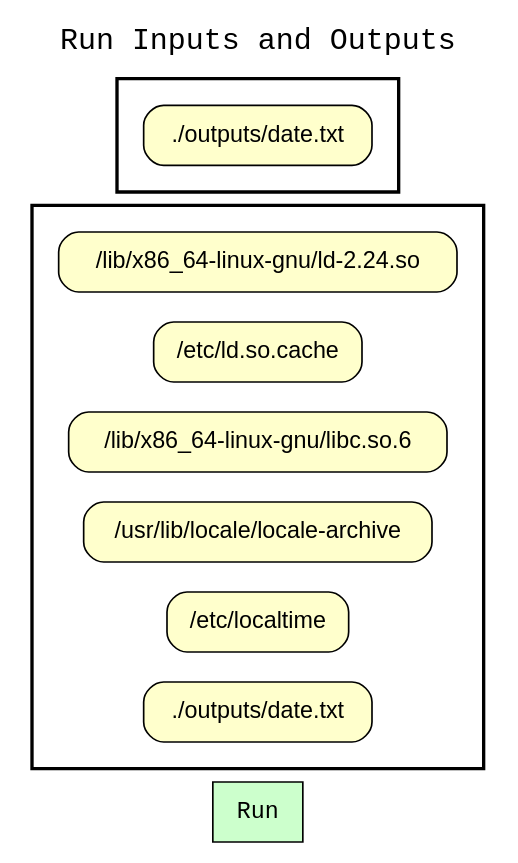
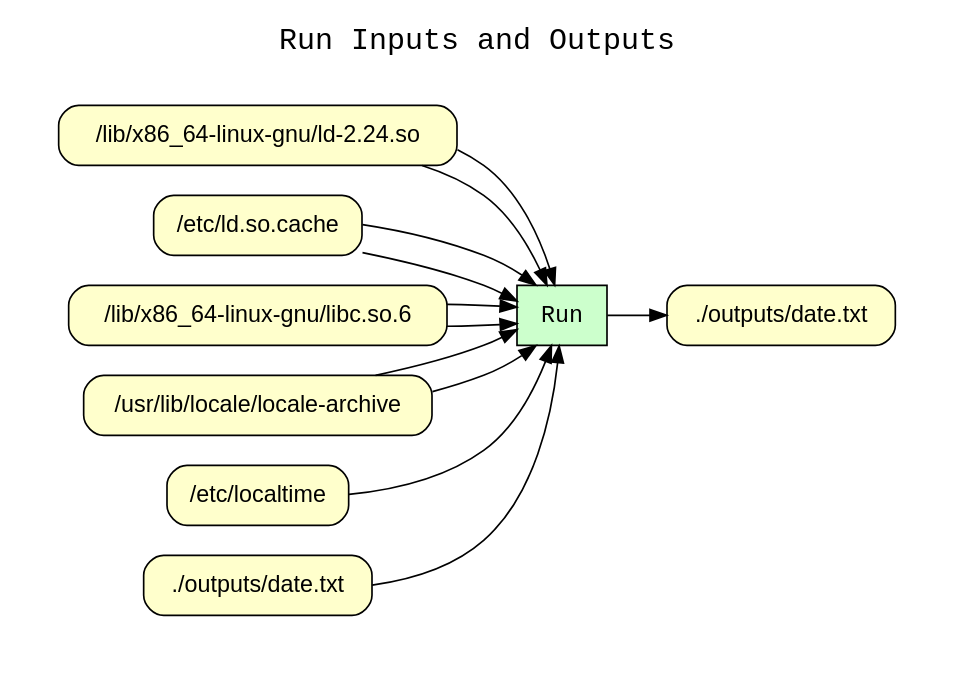
One commit to CIRSS/cpr changed the diagram in examples/04-date-to-file/graphs/wt_run_inputs_outputs.dot. Above: the diagram before and after it, drawn with Graphviz. The commit also changed 16 other files, not shown here.

Commit message:
Added edges from inputs to run, and from run to outputs.

```diff
--- a/examples/04-date-to-file/graphs/wt_run_inputs_outputs.dot
+++ b/examples/04-date-to-file/graphs/wt_run_inputs_outputs.dot
@@ -1,27 +1,38 @@
 
 digraph wt_run {
 rankdir=LR
 fontname=Courier; fontsize=18; labelloc=t
 label="Run Inputs and Outputs"
 node[shape=box style="filled" fillcolor="#CCFFCC" peripheries=1 fontname=Courier]
 "Run"
-subgraph cluster_inputs { label=""; color=black; penwidth=2
+subgraph cluster_inputs { label=""; color=white; penwidth=2
 subgraph cluster_inputs_inner { label=""; color=white
 node[shape=box style="rounded,filled" fillcolor="#FFFFCC" peripheries=1 fontname=Helvetica]
 "input:/lib/x86_64-linux-gnu/ld-2.24.so" [label="/lib/x86_64-linux-gnu/ld-2.24.so"]
 "input:/etc/ld.so.cache" [label="/etc/ld.so.cache"]
 "input:/lib/x86_64-linux-gnu/libc.so.6" [label="/lib/x86_64-linux-gnu/libc.so.6"]
 "input:/usr/lib/locale/locale-archive" [label="/usr/lib/locale/locale-archive"]
 "input:/etc/localtime" [label="/etc/localtime"]
 "input:/lib/x86_64-linux-gnu/ld-2.24.so" [label="/lib/x86_64-linux-gnu/ld-2.24.so"]
 "input:/etc/ld.so.cache" [label="/etc/ld.so.cache"]
 "input:/lib/x86_64-linux-gnu/libc.so.6" [label="/lib/x86_64-linux-gnu/libc.so.6"]
 "input:/usr/lib/locale/locale-archive" [label="/usr/lib/locale/locale-archive"]
 "input:./outputs/date.txt" [label="./outputs/date.txt"]
 }}
-subgraph cluster_outputs { label=""; color=black; penwidth=2
+subgraph cluster_outputs { label=""; color=white; penwidth=2
 subgraph cluster_outputs_inner { label=""; color=white
 node[shape=box style="rounded,filled" fillcolor="#FFFFCC" peripheries=1 fontname=Helvetica]
 "output:./outputs/date.txt" [label="./outputs/date.txt"]
 }}
+"input:/lib/x86_64-linux-gnu/ld-2.24.so" -> "Run"
+"input:/etc/ld.so.cache" -> "Run"
+"input:/lib/x86_64-linux-gnu/libc.so.6" -> "Run"
+"input:/usr/lib/locale/locale-archive" -> "Run"
+"input:/etc/localtime" -> "Run"
+"input:/lib/x86_64-linux-gnu/ld-2.24.so" -> "Run"
+"input:/etc/ld.so.cache" -> "Run"
+"input:/lib/x86_64-linux-gnu/libc.so.6" -> "Run"
+"input:/usr/lib/locale/locale-archive" -> "Run"
+"input:./outputs/date.txt" -> "Run"
+"Run" -> "output:./outputs/date.txt"
 }
```
